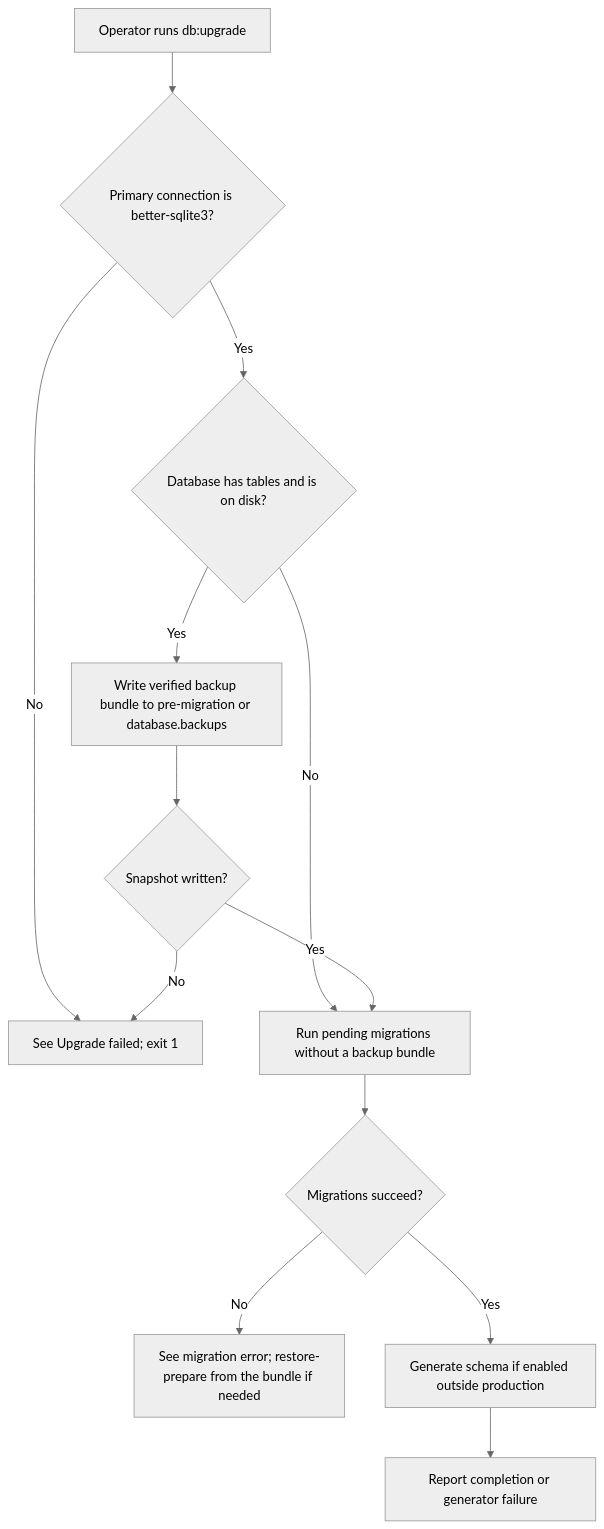
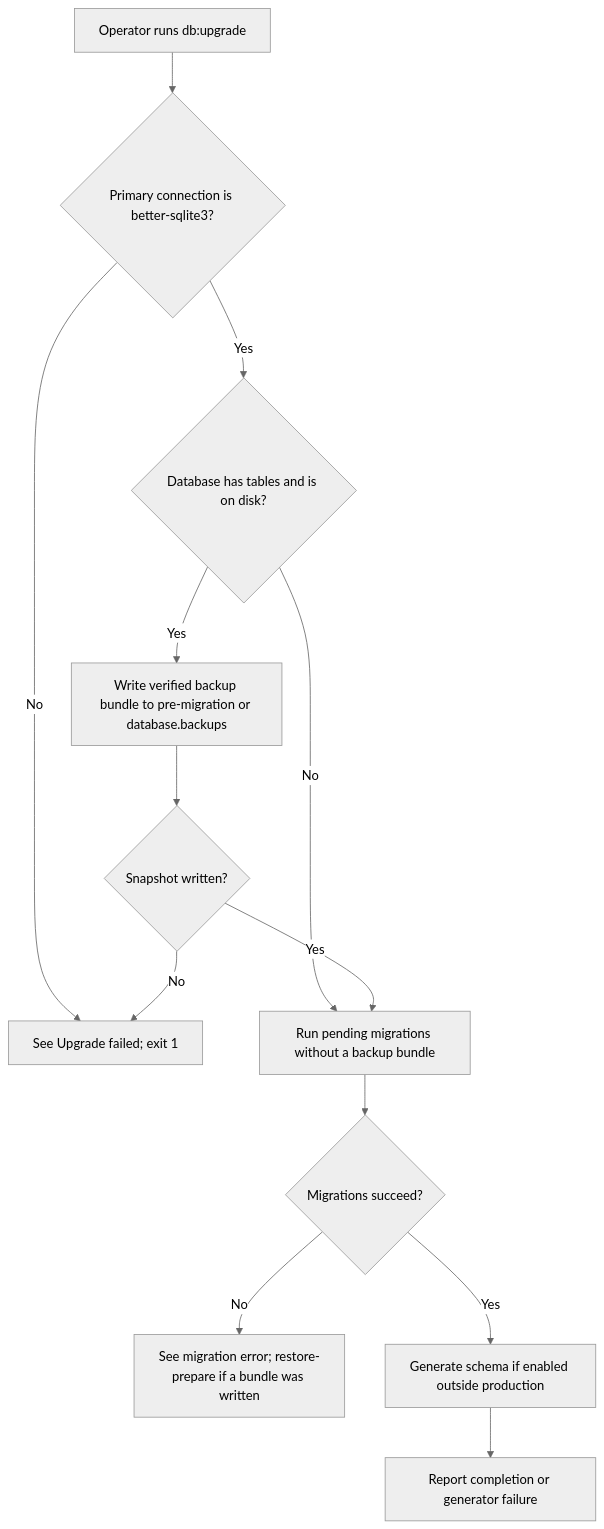
The first of 2 diagrams in user-stories/upgrade-database/us-op-06-upgrade-database.md (Kevinjohn/oss-adonisjs-sqlite-backup), drawn with Mermaid (neutral theme) before and after one commit. The commit also changed other lines of this file and 9 other files, not shown here.

Commit message:
docs: verify user story paths and Mermaid flows against implementation

````diff
--- a/user-stories/upgrade-database/us-op-06-upgrade-database.md
+++ b/user-stories/upgrade-database/us-op-06-upgrade-database.md
@@ -27,15 +27,15 @@
 ```mermaid
 flowchart TD
     A["Operator runs db:upgrade"] --> B{"Primary connection is better-sqlite3?"}
     B -->|No| C["See Upgrade failed; exit 1"]
     B -->|Yes| D{"Database has tables and is on disk?"}
     D -->|No| G["Run pending migrations without a backup bundle"]
     D -->|Yes| E["Write verified backup bundle to pre-migration or database.backups"]
     E --> F{"Snapshot written?"}
     F -->|No| C
     F -->|Yes| G
     G --> H{"Migrations succeed?"}
-    H -->|No| I["See migration error; restore-prepare from the bundle if needed"]
+    H -->|No| I["See migration error; restore-prepare if a bundle was written"]
     H -->|Yes| J["Generate schema if enabled outside production"]
     J --> K["Report completion or generator failure"]
 ```
````
